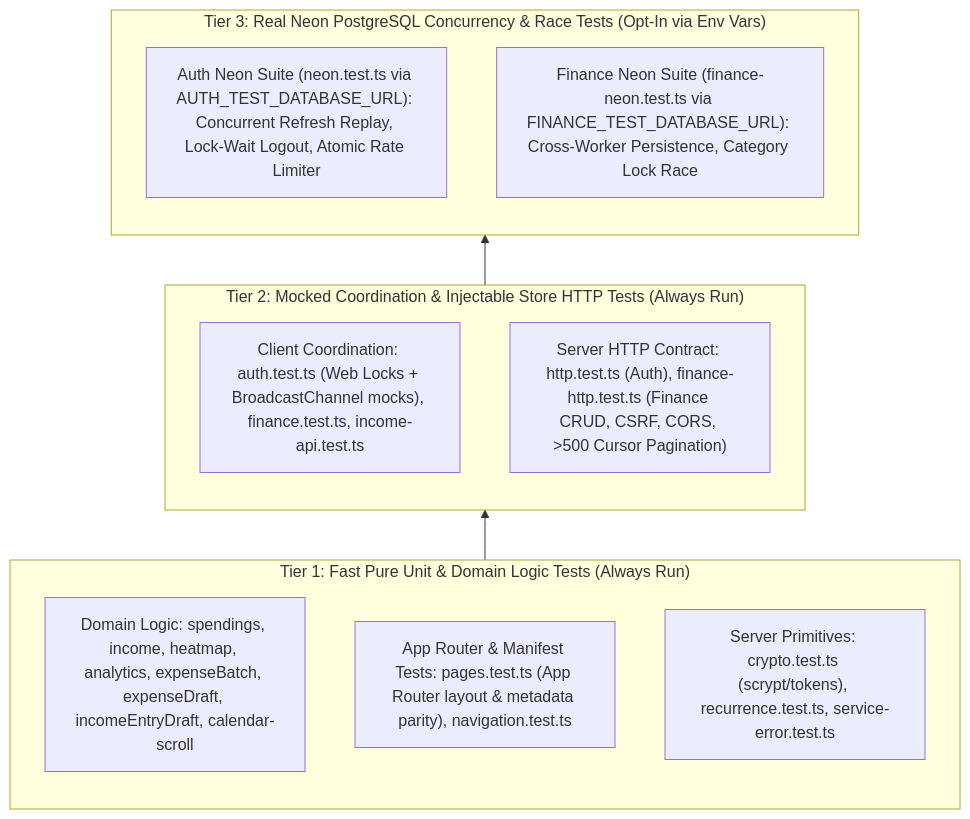
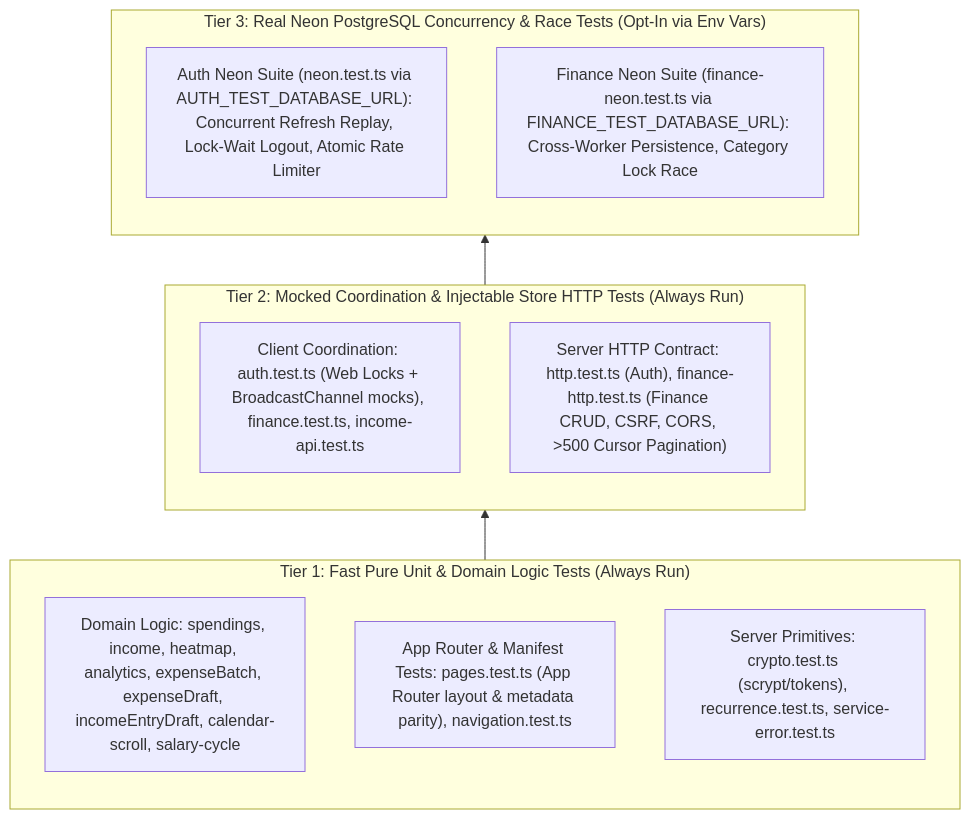
The second of 4 diagrams in docs/03-cicd-architecture.md (nnminh-sam/my_finance), drawn with Mermaid before and after one commit. The commit also changed other lines of this file and 27 other files, not shown here.

First line of the commit message:
docs: sync architecture docs with salary cycle, date-range loading, and current layout

````diff
--- a/docs/03-cicd-architecture.md
+++ b/docs/03-cicd-architecture.md
@@ -60,20 +62,20 @@
 ```mermaid
 flowchart BT
     subgraph Tier1["Tier 1: Fast Pure Unit & Domain Logic Tests (Always Run)"]
-        DomainLogic["Domain Logic: spendings, income, heatmap, analytics, expenseBatch, expenseDraft, incomeEntryDraft, calendar-scroll"]
+        DomainLogic["Domain Logic: spendings, income, heatmap, analytics, expenseBatch, expenseDraft, incomeEntryDraft, calendar-scroll, salary-cycle"]
         RoutingTests["App Router & Manifest Tests: pages.test.ts (App Router layout & metadata parity), navigation.test.ts"]
         ServerPrimitives["Server Primitives: crypto.test.ts (scrypt/tokens), recurrence.test.ts, service-error.test.ts"]
     end
 
     subgraph Tier2["Tier 2: Mocked Coordination & Injectable Store HTTP Tests (Always Run)"]
         ClientCoord["Client Coordination: auth.test.ts (Web Locks + BroadcastChannel mocks), finance.test.ts, income-api.test.ts"]
         ServerHTTP["Server HTTP Contract: http.test.ts (Auth), finance-http.test.ts (Finance CRUD, CSRF, CORS, >500 Cursor Pagination)"]
     end
 
     subgraph Tier3["Tier 3: Real Neon PostgreSQL Concurrency & Race Tests (Opt-In via Env Vars)"]
         NeonAuth["Auth Neon Suite (neon.test.ts via AUTH_TEST_DATABASE_URL): Concurrent Refresh Replay, Lock-Wait Logout, Atomic Rate Limiter"]
         NeonFin["Finance Neon Suite (finance-neon.test.ts via FINANCE_TEST_DATABASE_URL): Cross-Worker Persistence, Category Lock Race"]
     end
 
     Tier1 --> Tier2 --> Tier3
 ```
````
